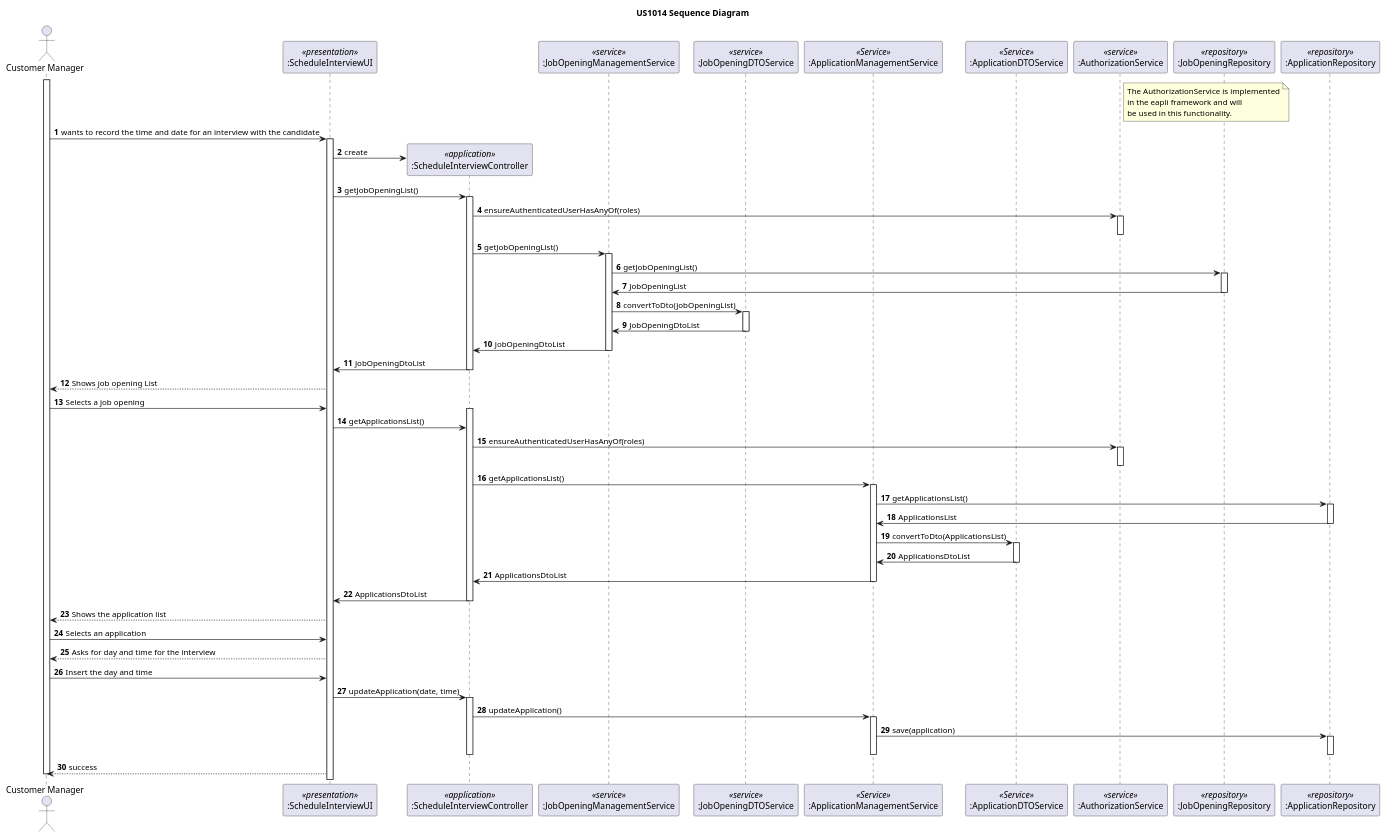
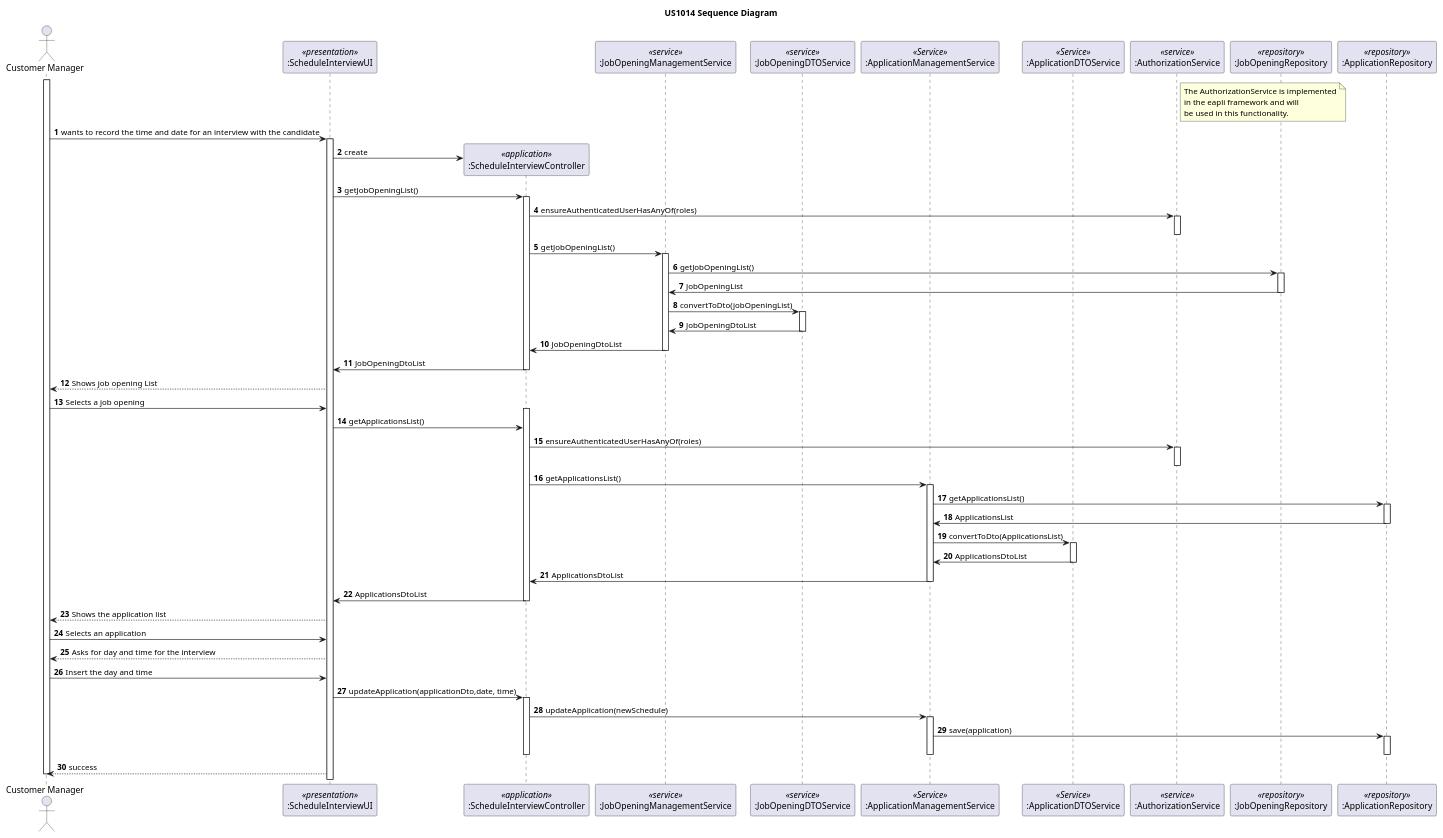
One commit to rita-barbosa/LAPR4-2324 changed the diagram in docs/sprint-c/us_1014/sd/sd-us-1014.puml. Above: the diagram before and after it, drawn with PlantUML. The commit also changed 3 other files, not shown here.

```diff
--- a/docs/sprint-c/us_1014/sd/sd-us-1014.puml
+++ b/docs/sprint-c/us_1014/sd/sd-us-1014.puml
@@ -1,99 +1,99 @@
 @startuml
 autonumber
 
 title US1014 Sequence Diagram
 
 actor "Customer Manager" as CustomerManager
 
 participant ":ScheduleInterviewUI" as UI <<presentation>>
 participant ":ScheduleInterviewController" as CTRL <<application>>
 participant ":JobOpeningManagementService" as JobOpeningService <<service>>
 participant ":JobOpeningDTOService" as JobOpeningDTOService <<service>>
 participant ":ApplicationManagementService" as ApplicationService <<Service>>
 participant ":ApplicationDTOService" as ApplicationDTOService <<Service>>
 participant ":AuthorizationService" as AUTHZ <<service>>
 participant ":JobOpeningRepository" as JobOpeningRepository <<repository>>
 participant ":ApplicationRepository" as ApplicationRepository <<repository>>
 
 
 note right AUTHZ
 The AuthorizationService is implemented
 in the eapli framework and will
 be used in this functionality.
 end note
 
 activate CustomerManager
 
 CustomerManager -> UI : wants to record the time and date for an interview with the candidate
 activate UI
 
 UI -> CTRL**: create
 UI -> CTRL: getJobOpeningList()
 activate CTRL
 CTRL -> AUTHZ:  ensureAuthenticatedUserHasAnyOf(roles)
 activate AUTHZ
 deactivate AUTHZ
 CTRL -> JobOpeningService: getJobOpeningList()
 activate JobOpeningService
 
     JobOpeningService -> JobOpeningRepository: getJobOpeningList()
     activate JobOpeningRepository
         JobOpeningRepository -> JobOpeningService: JobOpeningList
     deactivate JobOpeningRepository
 
     JobOpeningService -> JobOpeningDTOService: convertToDto(jobOpeningList)
 
     activate JobOpeningDTOService
         JobOpeningDTOService -> JobOpeningService: JobOpeningDtoList
     deactivate JobOpeningDTOService
     JobOpeningService -> CTRL: JobOpeningDtoList
 deactivate JobOpeningService
 CTRL->UI: JobOpeningDtoList
 deactivate CTRL
 
 UI--> CustomerManager: Shows job opening List
 CustomerManager -> UI: Selects a job opening
 
 activate CTRL
 UI -> CTRL: getApplicationsList()
 CTRL -> AUTHZ:  ensureAuthenticatedUserHasAnyOf(roles)
 activate AUTHZ
 deactivate AUTHZ
 CTRL ->ApplicationService: getApplicationsList()
     activate ApplicationService
         ApplicationService -> ApplicationRepository: getApplicationsList()
 
         activate ApplicationRepository
             ApplicationRepository -> ApplicationService: ApplicationsList
         deactivate ApplicationRepository
 
         ApplicationService-> ApplicationDTOService: convertToDto(ApplicationsList)
         activate ApplicationDTOService
             ApplicationDTOService -> ApplicationService:ApplicationsDtoList
         deactivate ApplicationDTOService
         ApplicationService -> CTRL: ApplicationsDtoList
     deactivate ApplicationService
     CTRL -> UI: ApplicationsDtoList
 deactivate CTRL
 
 UI--> CustomerManager: Shows the application list
 CustomerManager-> UI: Selects an application
 UI --> CustomerManager: Asks for day and time for the interview
 CustomerManager-> UI: Insert the day and time
 
-UI->CTRL: updateApplication(date, time)
+UI->CTRL: updateApplication(applicationDto,date, time)
 activate CTRL
-    CTRL -> ApplicationService: updateApplication()
+    CTRL -> ApplicationService: updateApplication(newSchedule)
     activate ApplicationService
         ApplicationService -> ApplicationRepository: save(application)
         activate ApplicationRepository
         deactivate ApplicationRepository
     deactivate ApplicationService
 deactivate CTRL
 
 
 UI --> CustomerManager: success
 
 deactivate CustomerManager
 
 @enduml
```
